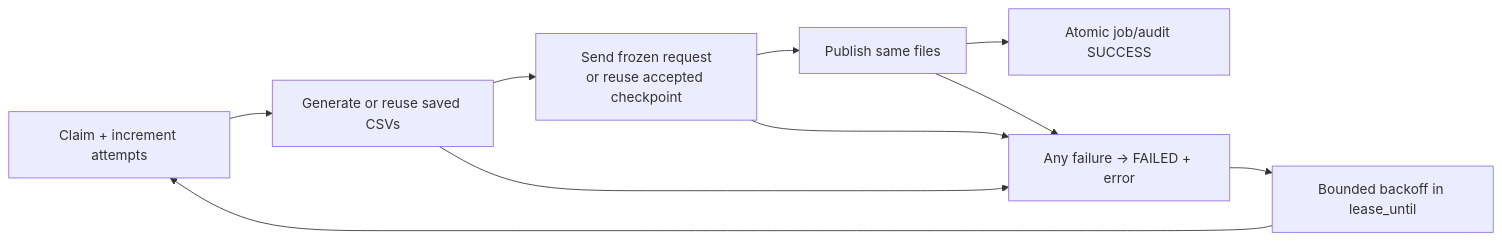
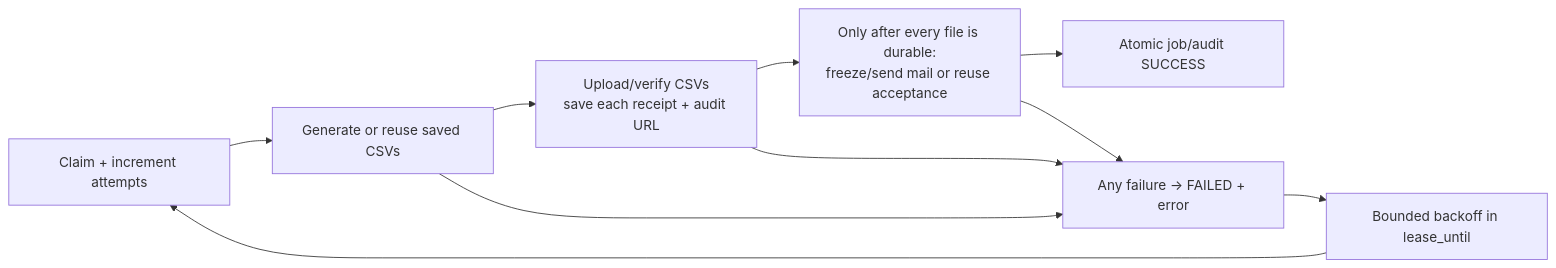
Before and after one commit to enzumeii/monolith: the third of 3 diagrams in docs/cron.md, drawn with Mermaid. The commit also changed other lines of this file and 87 other files, not shown here.

````diff
--- a/docs/cron.md
+++ b/docs/cron.md
@@ -110,12 +115,12 @@
 ```mermaid
 flowchart LR
   Q["Claim + increment attempts"] --> F["Generate or reuse saved CSVs"]
-  F --> M["Send frozen request<br/>or reuse accepted checkpoint"]
-  M --> P["Publish same files"]
-  P --> D["Atomic job/audit SUCCESS"]
+  F --> P["Upload/verify CSVs<br/>save each receipt + audit URL"]
+  P --> M["Only after every file is durable:<br/>freeze/send mail or reuse acceptance"]
+  M --> D["Atomic job/audit SUCCESS"]
   F --> X["Any failure → FAILED + error"]
   M --> X
   P --> X
   X --> L["Bounded backoff in lease_until"]
   L --> Q
 ```
````
